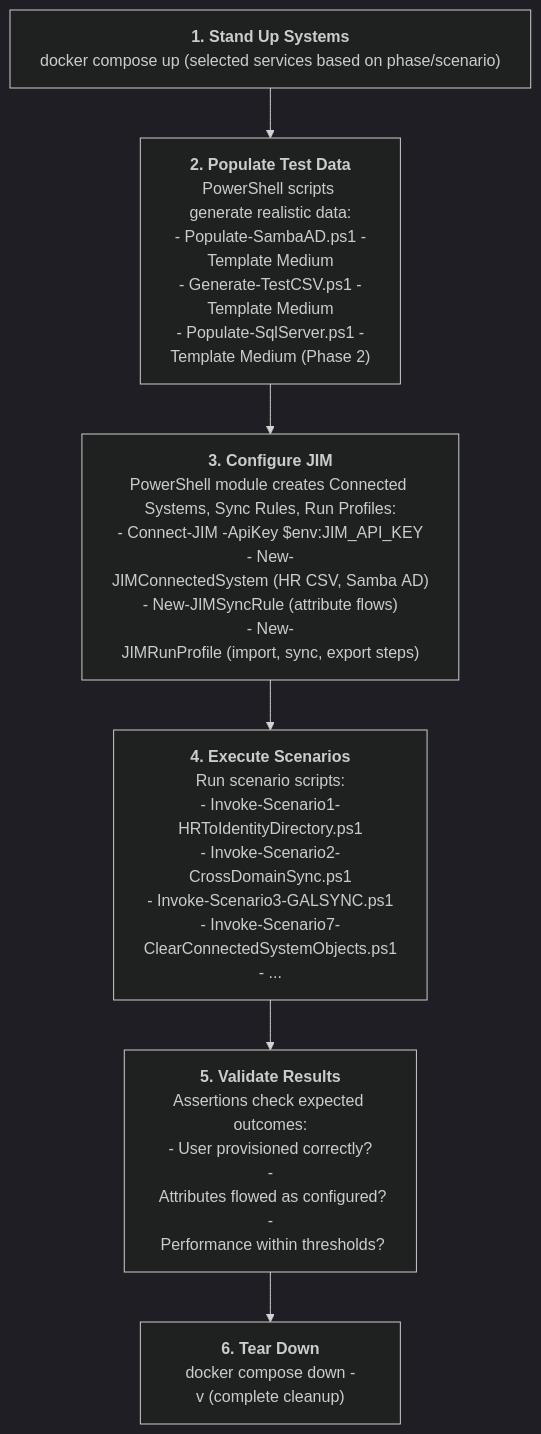
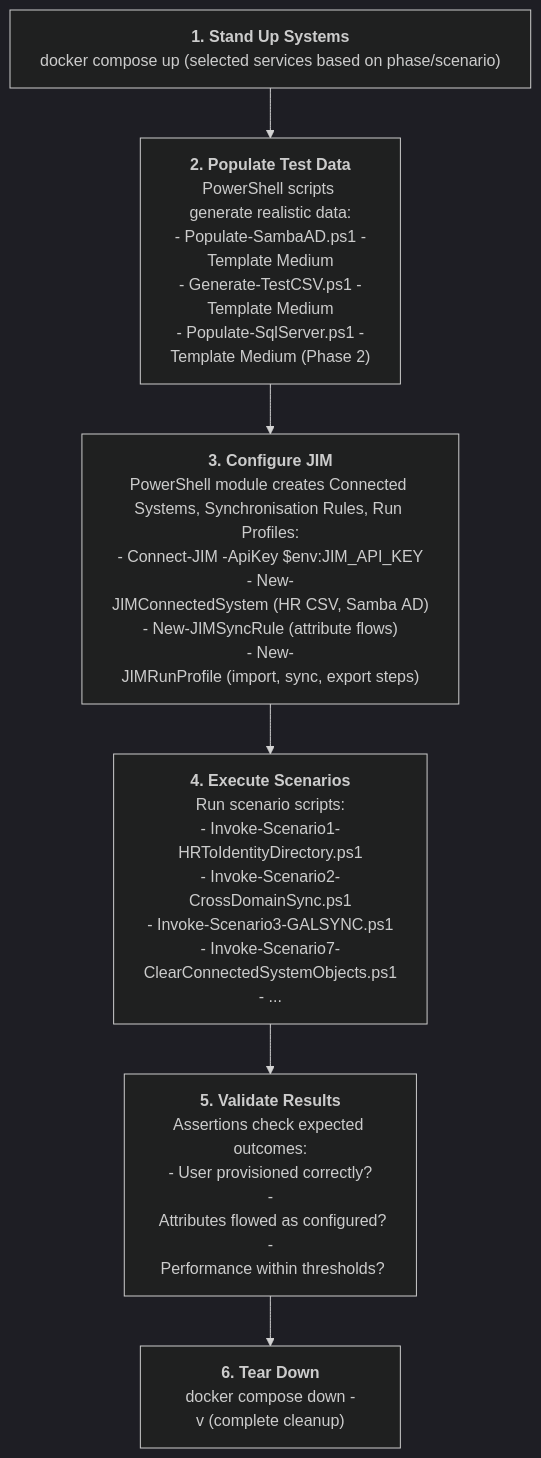
One commit to TetronIO/JIM changed the fourth of 4 diagrams in engineering/INTEGRATION_TESTING.md. Above: the diagram before and after it, drawn with Mermaid (dark theme). The commit also changed other lines of this file and 147 other files, not shown here.

First line of the commit message:
Always write "Synchronisation Rule" in full, never "Sync Rule"

````diff
--- a/engineering/INTEGRATION_TESTING.md
+++ b/engineering/INTEGRATION_TESTING.md
@@ -388,10 +388,10 @@
 ```mermaid
 flowchart TD
     A["<b>1. Stand Up Systems</b><br/>docker&nbsp;compose&nbsp;up&nbsp;(selected&nbsp;services&nbsp;based&nbsp;on&nbsp;phase/scenario)"]
     B["<b>2. Populate Test Data</b><br/>PowerShell scripts generate realistic data:<br/>-&nbsp;Populate-SambaAD.ps1&nbsp;-Template&nbsp;Medium<br/>-&nbsp;Generate-TestCSV.ps1&nbsp;-Template&nbsp;Medium<br/>-&nbsp;Populate-SqlServer.ps1&nbsp;-Template&nbsp;Medium&nbsp;(Phase&nbsp;2)"]
-    C["<b>3. Configure JIM</b><br/>PowerShell module creates Connected Systems, Sync Rules, Run Profiles:<br/>-&nbsp;Connect-JIM&nbsp;-ApiKey&nbsp;$env:JIM_API_KEY<br/>-&nbsp;New-JIMConnectedSystem&nbsp;(HR&nbsp;CSV,&nbsp;Samba&nbsp;AD)<br/>-&nbsp;New-JIMSyncRule&nbsp;(attribute&nbsp;flows)<br/>-&nbsp;New-JIMRunProfile&nbsp;(import,&nbsp;sync,&nbsp;export&nbsp;steps)"]
+    C["<b>3. Configure JIM</b><br/>PowerShell module creates Connected Systems, Synchronisation Rules, Run Profiles:<br/>-&nbsp;Connect-JIM&nbsp;-ApiKey&nbsp;$env:JIM_API_KEY<br/>-&nbsp;New-JIMConnectedSystem&nbsp;(HR&nbsp;CSV,&nbsp;Samba&nbsp;AD)<br/>-&nbsp;New-JIMSyncRule&nbsp;(attribute&nbsp;flows)<br/>-&nbsp;New-JIMRunProfile&nbsp;(import,&nbsp;sync,&nbsp;export&nbsp;steps)"]
     D["<b>4. Execute Scenarios</b><br/>Run scenario scripts:<br/>-&nbsp;Invoke-Scenario1-HRToIdentityDirectory.ps1<br/>-&nbsp;Invoke-Scenario2-CrossDomainSync.ps1<br/>-&nbsp;Invoke-Scenario3-GALSYNC.ps1<br/>-&nbsp;Invoke-Scenario7-ClearConnectedSystemObjects.ps1<br/>-&nbsp;..."]
     E["<b>5. Validate Results</b><br/>Assertions check expected outcomes:<br/>-&nbsp;User&nbsp;provisioned&nbsp;correctly?<br/>-&nbsp;Attributes&nbsp;flowed&nbsp;as&nbsp;configured?<br/>-&nbsp;Performance&nbsp;within&nbsp;thresholds?"]
     F["<b>6. Tear Down</b><br/>docker&nbsp;compose&nbsp;down&nbsp;-v&nbsp;(complete&nbsp;cleanup)"]
     A --> B --> C --> D --> E --> F
 ```
````
